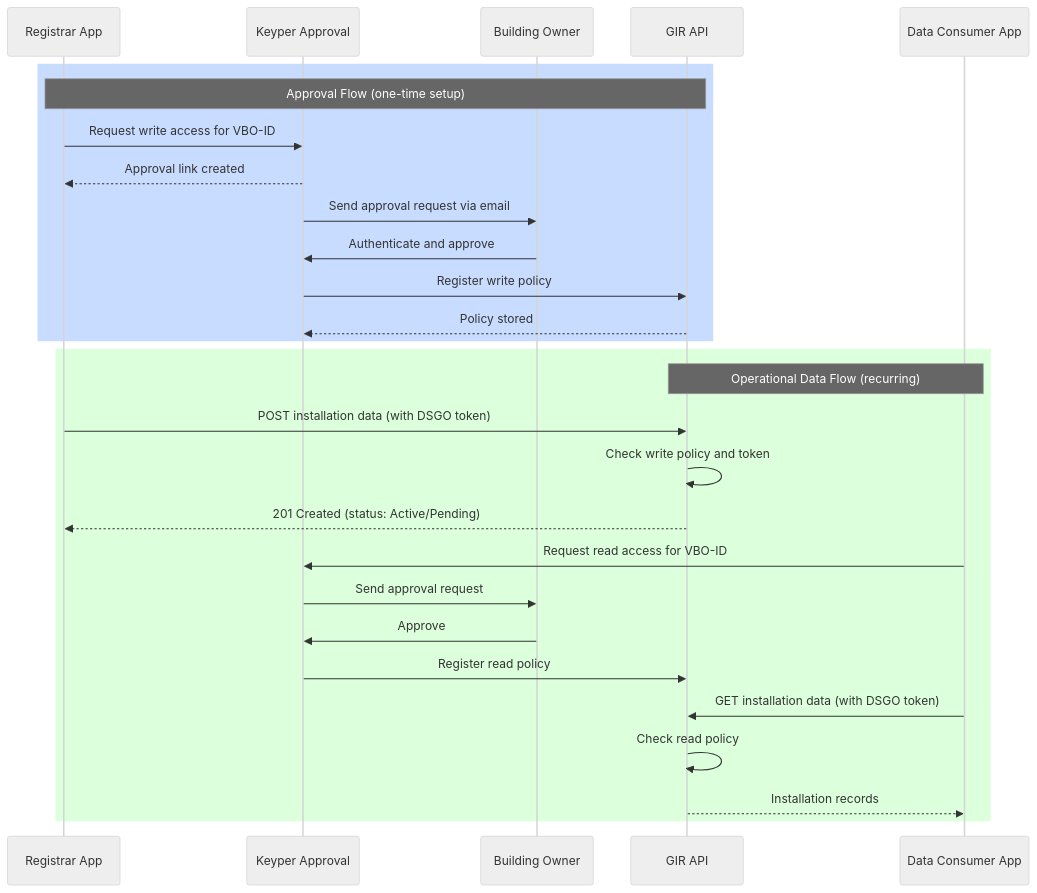
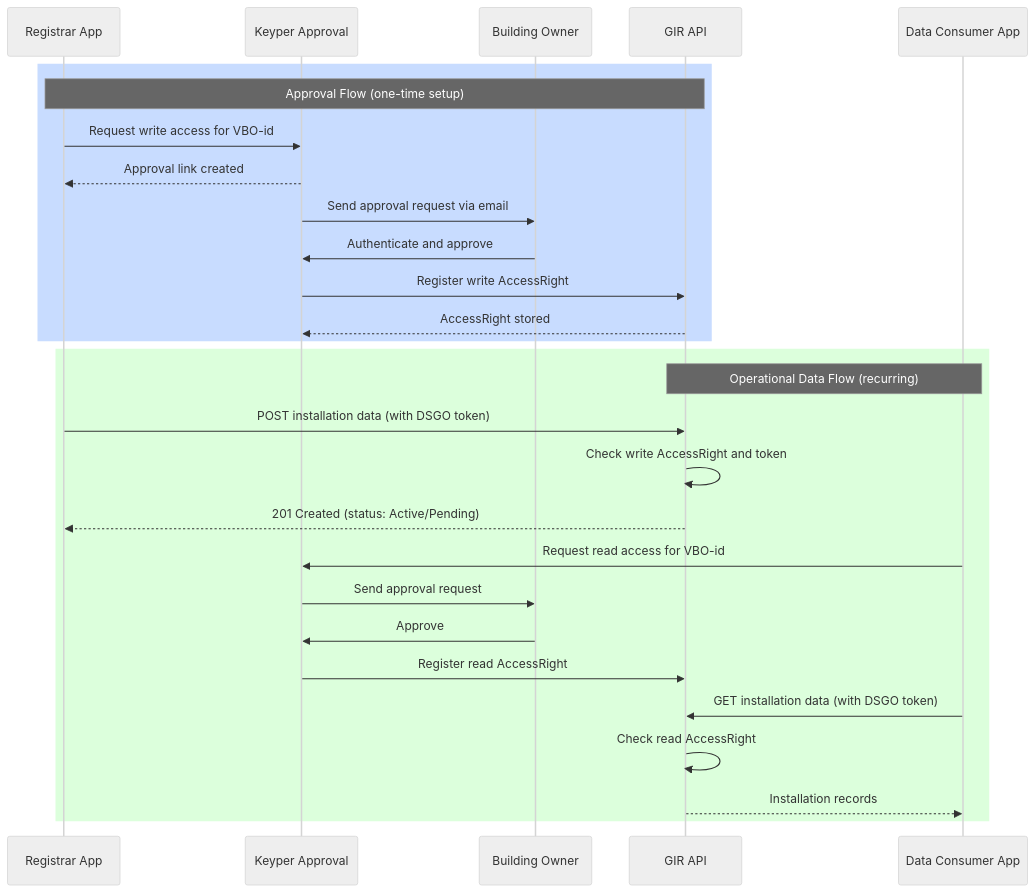
Before and after one commit to POORT8/Poort8.Docs: the diagram in gir/README.md, drawn with Mermaid (neutral theme). The commit also changed other lines of this file and 35 other files, not shown here.

````diff
--- a/gir/README.md
+++ b/gir/README.md
@@ -11,32 +11,32 @@
 ```mermaid
 sequenceDiagram
     participant Registrar as Registrar App
     participant Keyper as Keyper Approval
     participant Owner as Building Owner
     participant GIR as GIR API
     participant Consumer as Data Consumer App
 
     rect rgb(200, 220, 255)
     note over Registrar,GIR: Approval Flow (one-time setup)
-    Registrar->>Keyper: Request write access for VBO-ID
+    Registrar->>Keyper: Request write access for VBO-id
     Keyper-->>Registrar: Approval link created
     Keyper->>Owner: Send approval request via email
     Owner->>Keyper: Authenticate and approve
-    Keyper->>GIR: Register write policy
-    GIR-->>Keyper: Policy stored
+    Keyper->>GIR: Register write AccessRight
+    GIR-->>Keyper: AccessRight stored
     end
 
     rect rgb(220, 255, 220)
     note over Consumer,GIR: Operational Data Flow (recurring)
     Registrar->>GIR: POST installation data (with DSGO token)
-    GIR->>GIR: Check write policy and token
+    GIR->>GIR: Check write AccessRight and token
     GIR-->>Registrar: 201 Created (status: Active/Pending)
-    Consumer->>Keyper: Request read access for VBO-ID
+    Consumer->>Keyper: Request read access for VBO-id
     Keyper->>Owner: Send approval request
     Owner->>Keyper: Approve
-    Keyper->>GIR: Register read policy
+    Keyper->>GIR: Register read AccessRight
     Consumer->>GIR: GET installation data (with DSGO token)
-    GIR->>GIR: Check read policy
+    GIR->>GIR: Check read AccessRight
     GIR-->>Consumer: Installation records
     end
 ```
````
